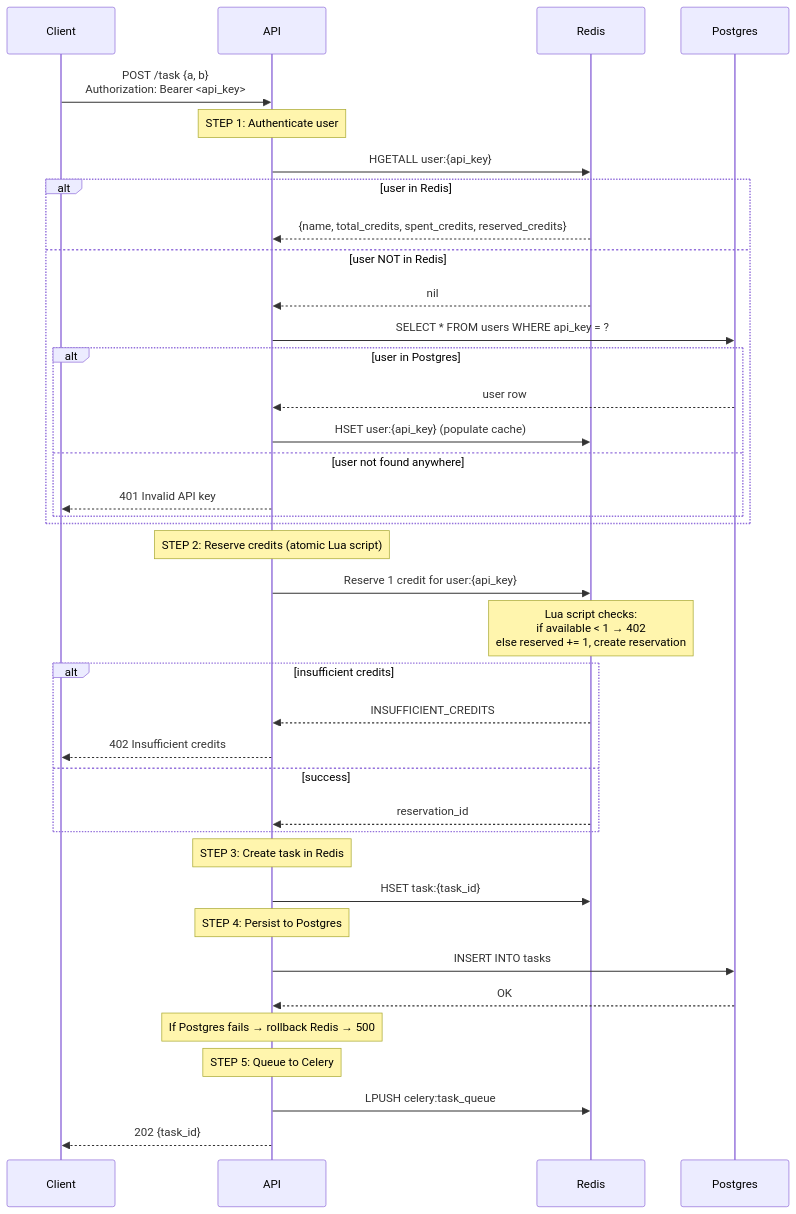
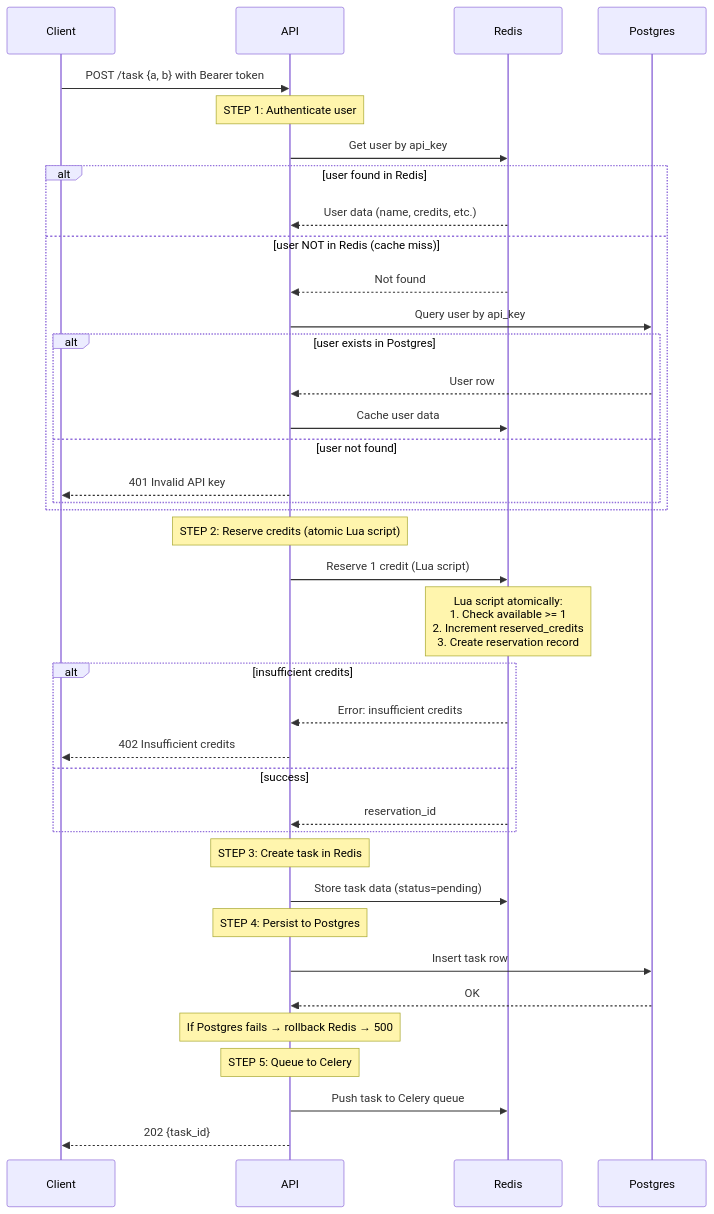
Before and after one commit to aregmii/celery-api-quickstart: the first of 4 diagrams in README.md, drawn with Mermaid. The commit also changed other lines of this file, not shown here.

Commit message:
update sequence diagrams

````diff
--- a/README.md
+++ b/README.md
@@ -184,56 +184,56 @@
 ```mermaid
 sequenceDiagram
     participant Client
     participant API
     participant Redis
     participant Postgres
 
-    Client->>API: POST /task {a, b}<br/>Authorization: Bearer <api_key>
+    Client->>API: POST /task {a, b} with Bearer token
 
     Note over API: STEP 1: Authenticate user
 
-    API->>Redis: HGETALL user:{api_key}
+    API->>Redis: Get user by api_key
 
-    alt user in Redis
-        Redis-->>API: {name, total_credits, spent_credits, reserved_credits}
-    else user NOT in Redis
-        Redis-->>API: nil
-        API->>Postgres: SELECT * FROM users WHERE api_key = ?
-        alt user in Postgres
-            Postgres-->>API: user row
-            API->>Redis: HSET user:{api_key} (populate cache)
-        else user not found anywhere
+    alt user found in Redis
+        Redis-->>API: User data (name, credits, etc.)
+    else user NOT in Redis (cache miss)
+        Redis-->>API: Not found
+        API->>Postgres: Query user by api_key
+        alt user exists in Postgres
+            Postgres-->>API: User row
+            API->>Redis: Cache user data
+        else user not found
             API-->>Client: 401 Invalid API key
         end
     end
 
     Note over API: STEP 2: Reserve credits (atomic Lua script)
 
-    API->>Redis: Reserve 1 credit for user:{api_key}
+    API->>Redis: Reserve 1 credit (Lua script)
 
-    Note over Redis: Lua script checks:<br/>if available < 1 → 402<br/>else reserved += 1, create reservation
+    Note over Redis: Lua script atomically:<br/>1. Check available >= 1<br/>2. Increment reserved_credits<br/>3. Create reservation record
 
     alt insufficient credits
-        Redis-->>API: INSUFFICIENT_CREDITS
+        Redis-->>API: Error: insufficient credits
         API-->>Client: 402 Insufficient credits
     else success
         Redis-->>API: reservation_id
     end
 
     Note over API: STEP 3: Create task in Redis
 
-    API->>Redis: HSET task:{task_id}
+    API->>Redis: Store task data (status=pending)
 
     Note over API: STEP 4: Persist to Postgres
 
-    API->>Postgres: INSERT INTO tasks
+    API->>Postgres: Insert task row
     Postgres-->>API: OK
 
     Note over API: If Postgres fails → rollback Redis → 500
 
     Note over API: STEP 5: Queue to Celery
 
-    API->>Redis: LPUSH celery:task_queue
+    API->>Redis: Push task to Celery queue
 
     API-->>Client: 202 {task_id}
 ```
````
